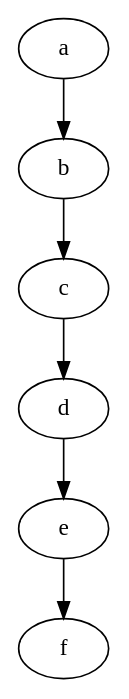
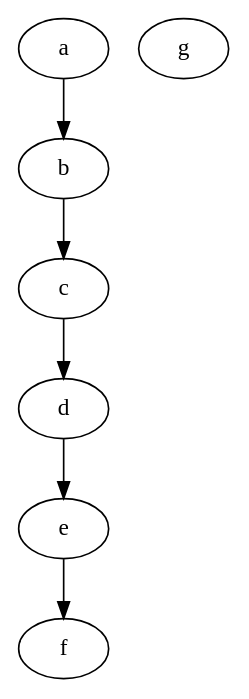
Before and after one commit to castanhell/grafos-trabalho-2: the diagram in trabalho-2/samples/dijkstrapequenodirecionado.dot, drawn with Graphviz. The commit also changed 8 other files, not shown here.

```diff
--- a/trabalho-2/samples/dijkstrapequenodirecionado.dot
+++ b/trabalho-2/samples/dijkstrapequenodirecionado.dot
@@ -1,7 +1,8 @@
-digraph dijkstrapequeno{ 
-	a -> b; 
-	b -> c; 
+digraph dijkstrapequeno{
+	a -> b;
+	b -> c;
     c -> d;
     d -> e;
     e -> f;
+    g;
 }
```
